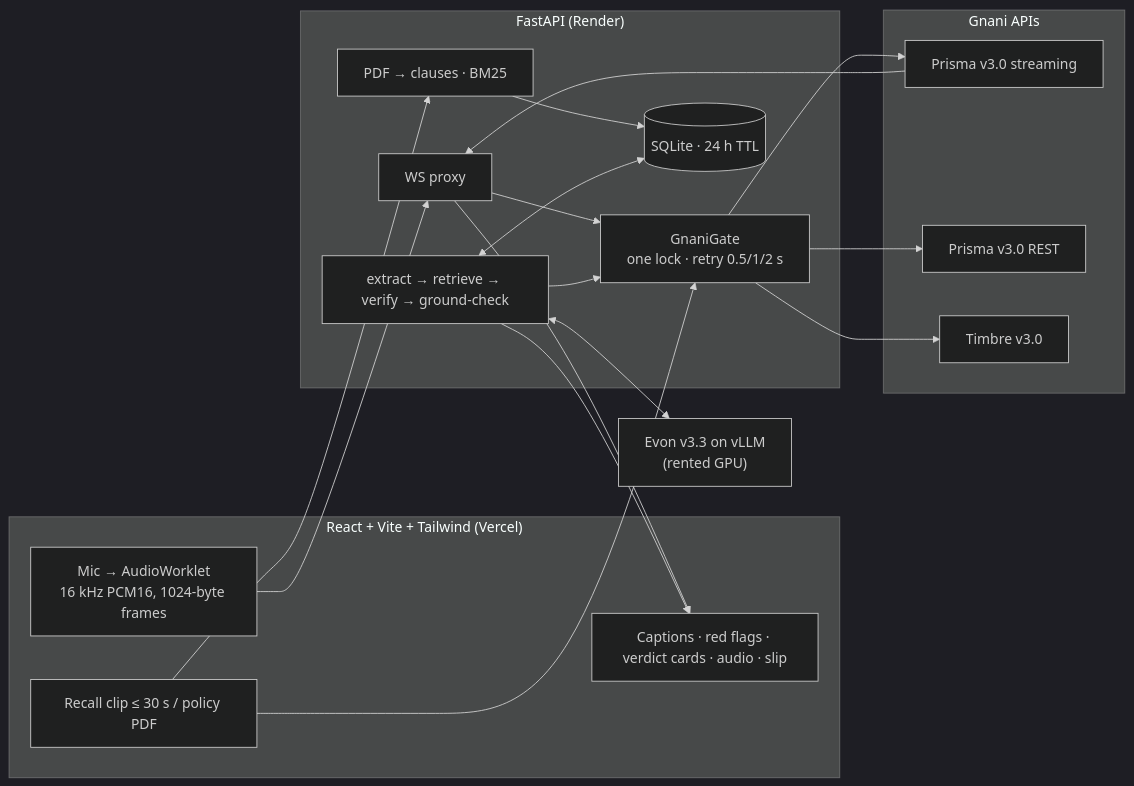
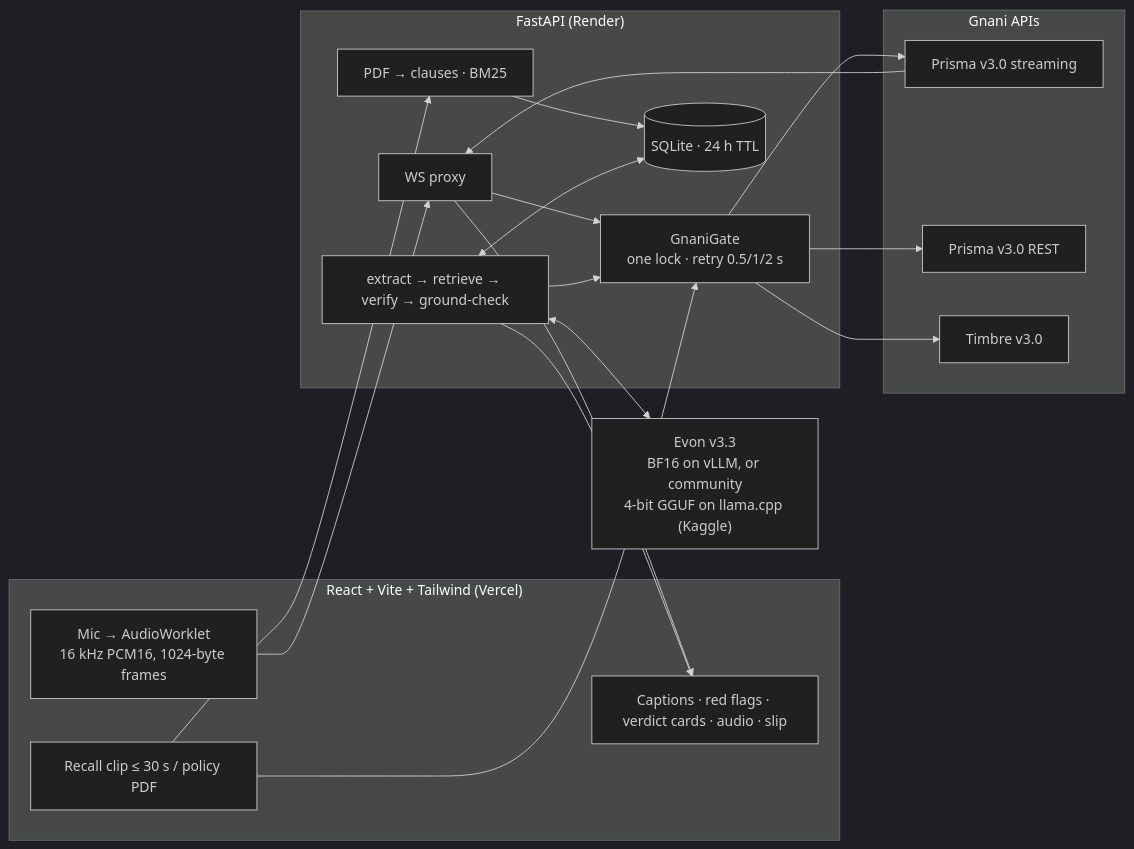
One commit to vanshikacs/LikhKeDo changed the diagram in README.md. Above: the diagram before and after it, drawn with Mermaid (dark theme). The commit also changed other lines of this file and 26 other files, not shown here.

````diff
--- a/README.md
+++ b/README.md
@@ -19,29 +21,29 @@
 ```mermaid
 flowchart LR
   subgraph Browser["React + Vite + Tailwind (Vercel)"]
     MIC["Mic → AudioWorklet\n16 kHz PCM16, 1024-byte frames"]
     REC["Recall clip ≤ 30 s / policy PDF"]
     UI["Captions · red flags · verdict cards · audio · slip"]
   end
   subgraph API["FastAPI (Render)"]
     WSP["WS proxy"]
     GATE["GnaniGate\none lock · retry 0.5/1/2 s"]
     ING["PDF → clauses · BM25"]
     PIPE["extract → retrieve → verify → ground-check"]
     DB[("SQLite · 24 h TTL")]
   end
   subgraph Gnani["Gnani APIs"]
     PS["Prisma v3.0 streaming"]
     PR["Prisma v3.0 REST"]
     TB["Timbre v3.0"]
   end
-  EV["Evon v3.3 on vLLM\n(rented GPU)"]
+  EV["Evon v3.3\nBF16 on vLLM, or community\n4-bit GGUF on llama.cpp (Kaggle)"]
   MIC --> WSP --> GATE --> PS
   REC --> GATE --> PR
   REC --> ING --> DB
   PIPE <--> EV
   PIPE <--> DB
   PIPE --> GATE --> TB
   PS --> WSP --> UI
   PIPE --> UI
 ```
````
